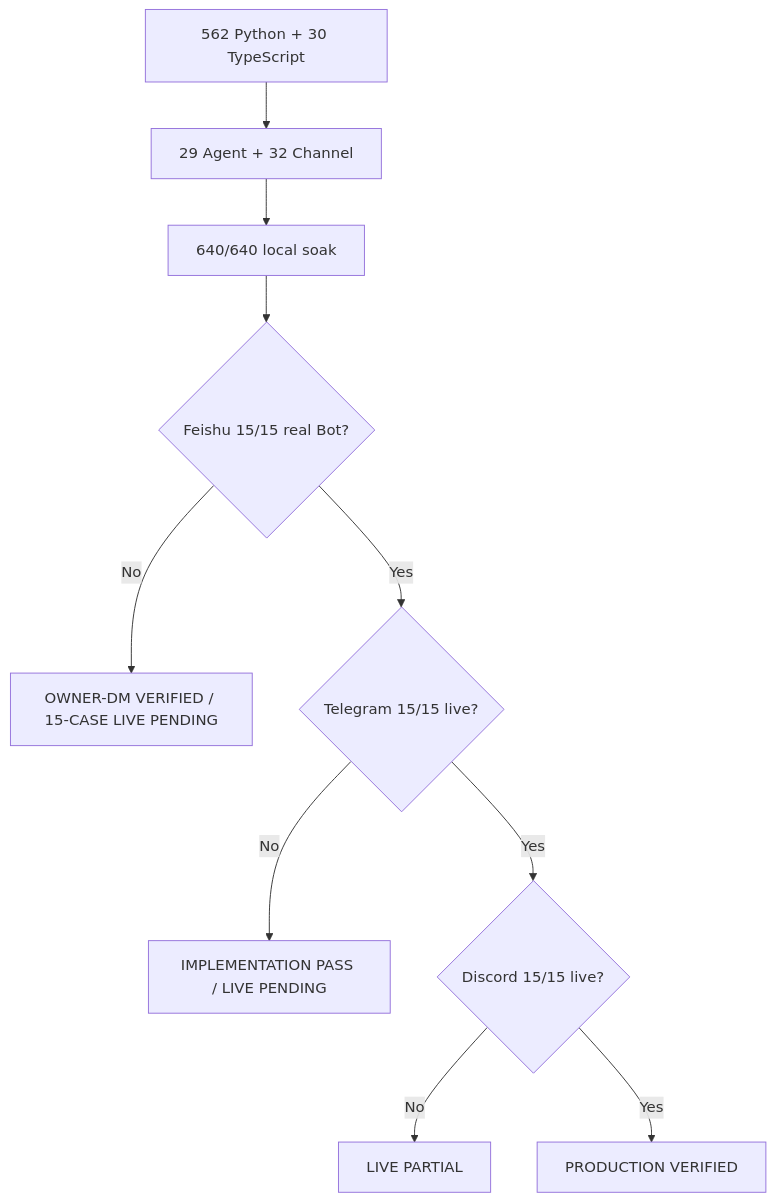
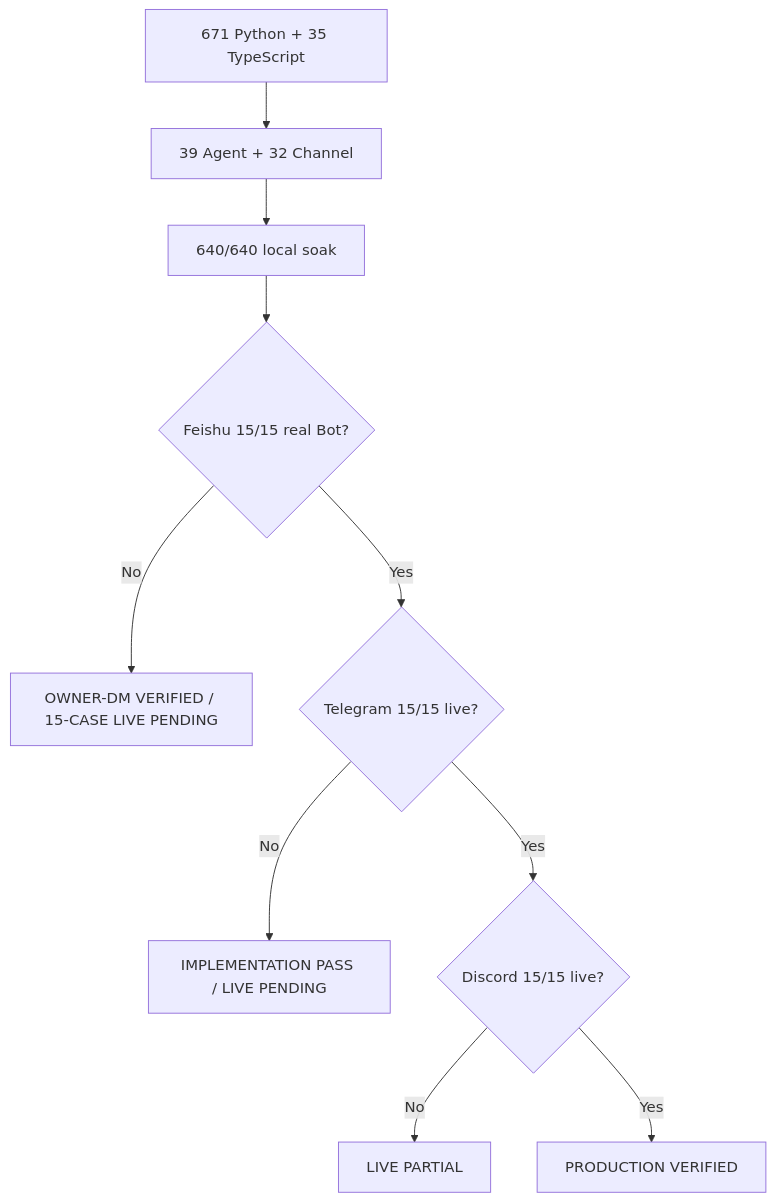
One commit to NEDONION/lobster0 changed the second of 2 diagrams in docs/engineering/phase-5/20260808_testing-and-live-acceptance.md. Above: the diagram before and after it, drawn with Mermaid. The commit also changed other lines of this file and 36 other files, not shown here.

````diff
--- a/docs/engineering/phase-5/20260808_testing-and-live-acceptance.md
+++ b/docs/engineering/phase-5/20260808_testing-and-live-acceptance.md
@@ -254,12 +254,12 @@
 ```mermaid
 flowchart TD
-    A["562 Python + 30 TypeScript"] --> B["29 Agent + 32 Channel"]
+    A["671 Python + 35 TypeScript"] --> B["39 Agent + 32 Channel"]
     B --> C["640/640 local soak"]
     C --> F{"Feishu 15/15 real Bot?"}
     F -->|"No"| R["OWNER-DM VERIFIED / 15-CASE LIVE PENDING"]
     F -->|"Yes"| D{"Telegram 15/15 live?"}
     D -->|"No"| P["IMPLEMENTATION PASS / LIVE PENDING"]
     D -->|"Yes"| E{"Discord 15/15 live?"}
     E -->|"No"| L["LIVE PARTIAL"]
     E -->|"Yes"| V["PRODUCTION VERIFIED"]
 ```
````
